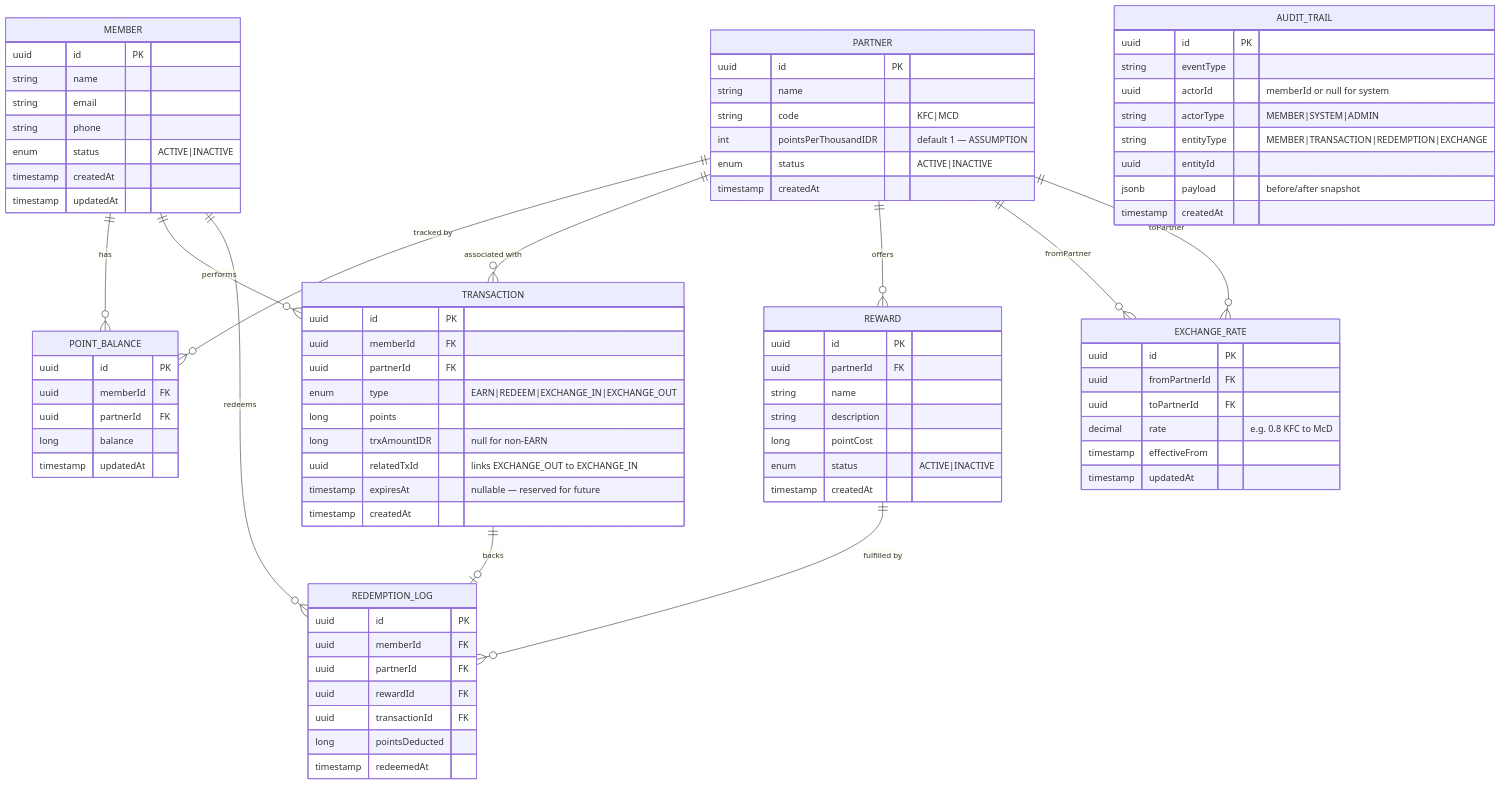
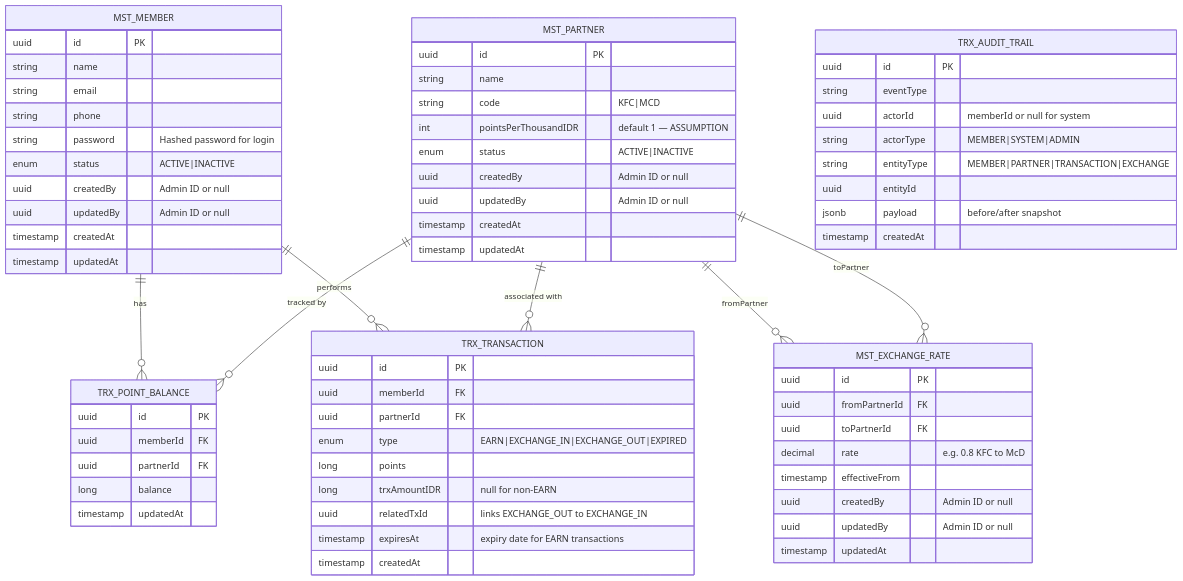
Before and after one commit to jtnqr/JDT-17-LOYALTY: the diagram in erd.md, drawn with Mermaid. The commit also changed other lines of this file and 4 other files, not shown here.

First line of the commit message:
docs: update loyalty platform specifications and architecture

````diff
--- a/erd.md
+++ b/erd.md
@@ -15,26 +15,31 @@
 ```mermaid
 erDiagram
-
-    MEMBER {
+    MST_MEMBER {
         uuid      id          PK
         string    name
         string    email
         string    phone
+        string    password    "Hashed password for login"
         enum      status      "ACTIVE|INACTIVE"
+        uuid      createdBy   "Admin ID or null"
+        uuid      updatedBy   "Admin ID or null"
         timestamp createdAt
         timestamp updatedAt
     }
 
-    PARTNER {
+    MST_PARTNER {
         uuid   id                    PK
         string name
         string code                  "KFC|MCD"
         int    pointsPerThousandIDR  "default 1 — ASSUMPTION"
         enum   status                "ACTIVE|INACTIVE"
+        uuid      createdBy   "Admin ID or null"
+        uuid      updatedBy   "Admin ID or null"
         timestamp createdAt
+        timestamp updatedAt
     }
 
-    POINT_BALANCE {
+    TRX_POINT_BALANCE {
         uuid      id         PK
         uuid      memberId   FK
         uuid      partnerId  FK
@@ -42,66 +47,45 @@
         timestamp updatedAt
     }
 
-    TRANSACTION {
+    TRX_TRANSACTION {
         uuid      id             PK
         uuid      memberId       FK
         uuid      partnerId      FK
-        enum      type           "EARN|REDEEM|EXCHANGE_IN|EXCHANGE_OUT"
+        enum      type           "EARN|EXCHANGE_IN|EXCHANGE_OUT|EXPIRED"
         long      points
         long      trxAmountIDR   "null for non-EARN"
         uuid      relatedTxId    "links EXCHANGE_OUT to EXCHANGE_IN"
-        timestamp expiresAt      "nullable — reserved for future"
+        timestamp expiresAt      "expiry date for EARN transactions"
         timestamp createdAt
     }
 
-    REDEMPTION_LOG {
-        uuid      id             PK
-        uuid      memberId       FK
-        uuid      partnerId      FK
-        uuid      rewardId       FK
-        uuid      transactionId  FK
-        long      pointsDeducted
-        timestamp redeemedAt
-    }
-
-    REWARD {
-        uuid      id          PK
-        uuid      partnerId   FK
-        string    name
-        string    description
-        long      pointCost
-        enum      status      "ACTIVE|INACTIVE"
-        timestamp createdAt
-    }
-
-    EXCHANGE_RATE {
+    MST_EXCHANGE_RATE {
         uuid      id              PK
         uuid      fromPartnerId   FK
         uuid      toPartnerId     FK
         decimal   rate            "e.g. 0.8 KFC to McD"
         timestamp effectiveFrom
+        uuid      createdBy   "Admin ID or null"
+        uuid      updatedBy   "Admin ID or null"
         timestamp updatedAt
     }
 
-    AUDIT_TRAIL {
+    TRX_AUDIT_TRAIL {
         uuid      id          PK
         string    eventType
         uuid      actorId     "memberId or null for system"
         string    actorType   "MEMBER|SYSTEM|ADMIN"
-        string    entityType  "MEMBER|TRANSACTION|REDEMPTION|EXCHANGE"
+        string    entityType  "MEMBER|PARTNER|TRANSACTION|EXCHANGE"
         uuid      entityId
         jsonb     payload     "before/after snapshot"
         timestamp createdAt
     }
 
-    MEMBER         ||--o{ POINT_BALANCE   : "has"
-    PARTNER        ||--o{ POINT_BALANCE   : "tracked by"
-    MEMBER         ||--o{ TRANSACTION     : "performs"
-    PARTNER        ||--o{ TRANSACTION     : "associated with"
-    MEMBER         ||--o{ REDEMPTION_LOG  : "redeems"
-    PARTNER        ||--o{ REWARD          : "offers"
-    REWARD         ||--o{ REDEMPTION_LOG  : "fulfilled by"
-    TRANSACTION    ||--o| REDEMPTION_LOG  : "backs"
-    PARTNER        ||--o{ EXCHANGE_RATE   : "fromPartner"
-    PARTNER        ||--o{ EXCHANGE_RATE   : "toPartner"
+    MST_MEMBER         ||--o{ TRX_POINT_BALANCE   : "has"
+    MST_PARTNER        ||--o{ TRX_POINT_BALANCE   : "tracked by"
+    MST_MEMBER         ||--o{ TRX_TRANSACTION     : "performs"
+    MST_PARTNER        ||--o{ TRX_TRANSACTION     : "associated with"
+
+    MST_PARTNER        ||--o{ MST_EXCHANGE_RATE   : "fromPartner"
+    MST_PARTNER        ||--o{ MST_EXCHANGE_RATE   : "toPartner"
 ```
````
